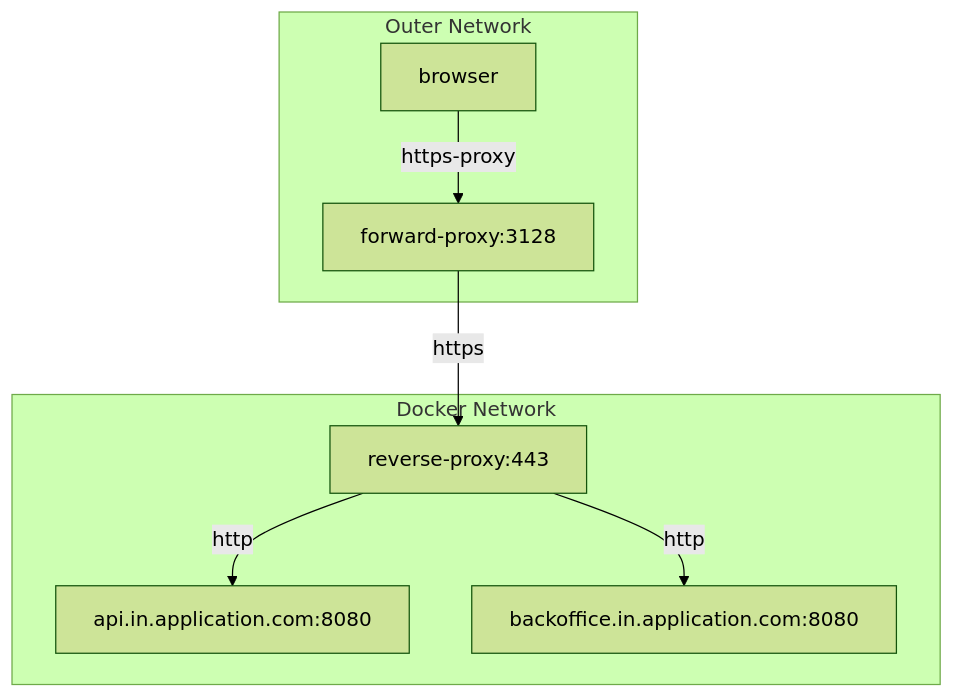
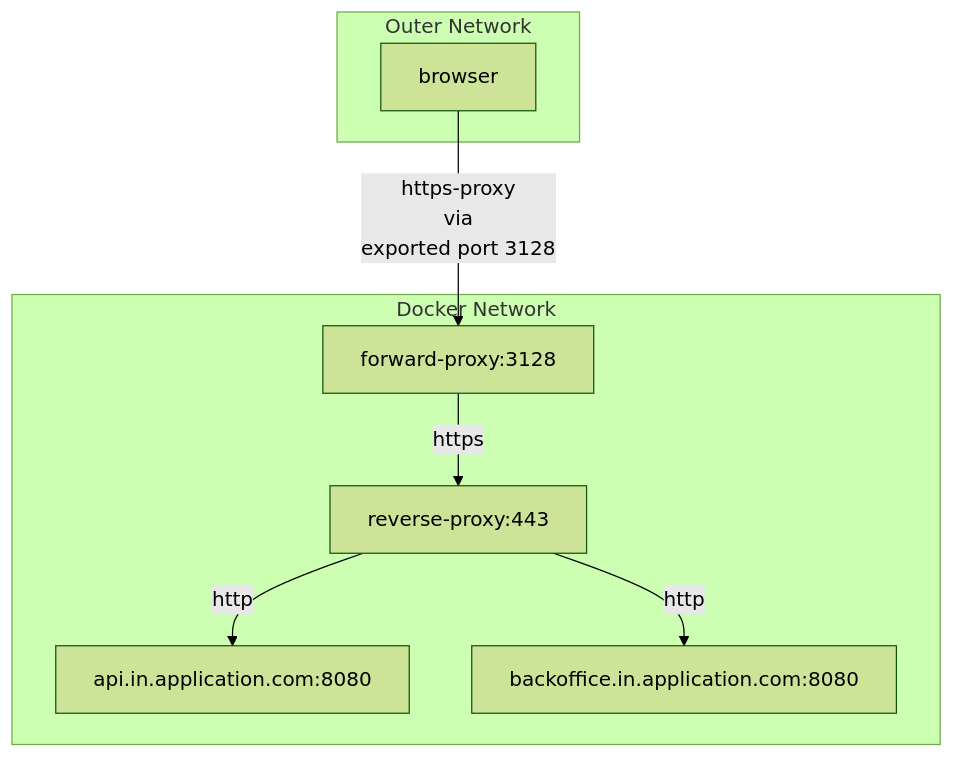
The diagram in README.md (srbt/developers-gateway), drawn with Mermaid (forest theme) before and after one commit.

Commit message:
Improve schema in README.md

````diff
--- a/README.md
+++ b/README.md
@@ -19,19 +19,18 @@
 ```mermaid
 graph TD;
     subgraph Outer Network
-        browser
-        FP[forward-proxy:3128]
-        browser -->|https-proxy| FP
+        browser 
     end
     
     subgraph Docker Network
+        FP[forward-proxy:3128]
         RP[reverse-proxy:443]
         API[api.in.application.com:8080]
         BO[backoffice.in.application.com:8080]
         
+        browser -->|https-proxy<br>via<br>exported port 3128| FP
         FP -->|https| RP
         RP -->|http| API
         RP -->|http| BO
     end
-
 ```
````
